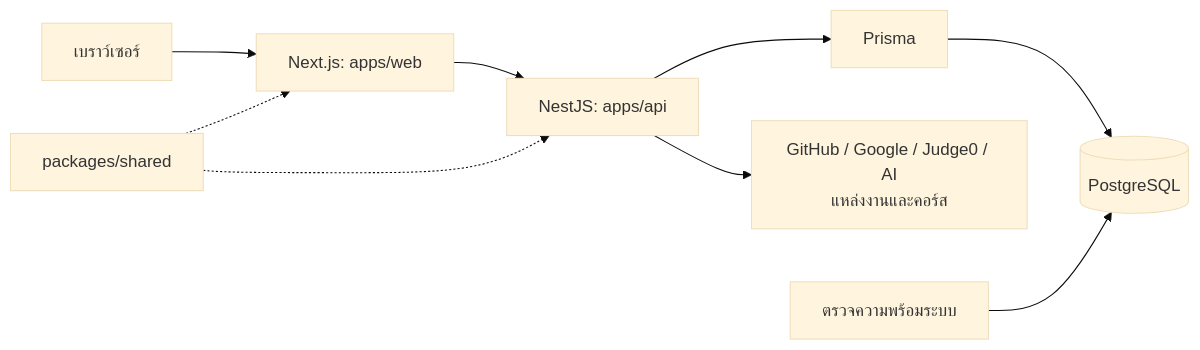
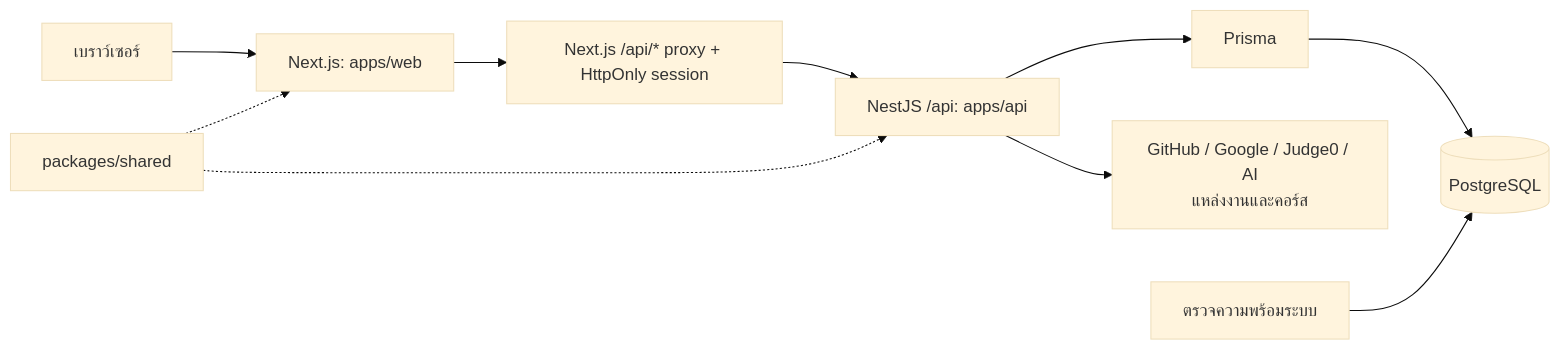
One commit to Jixgo-cloud/last-project changed the ninth of 9 diagrams in README.md. Above: the diagram before and after it, drawn with Mermaid (base theme). The commit also changed other lines of this file, not shown here.

Commit message:
docs: align README with current architecture and workflows

````diff
--- a/README.md
+++ b/README.md
@@ -286,11 +288,12 @@
 ```mermaid
 flowchart LR
     Browser["เบราว์เซอร์"] --> Web["Next.js: apps/web"]
-    Web --> API["NestJS: apps/api"]
+    Web --> Proxy["Next.js /api/* proxy + HttpOnly session"]
+    Proxy --> API["NestJS /api: apps/api"]
     API --> Prisma["Prisma"]
     Prisma --> DB[("PostgreSQL")]
     API --> External["GitHub / Google / Judge0 / AI<br/>แหล่งงานและคอร์ส"]
     Shared["packages/shared"] -.-> Web
     Shared -.-> API
     Health["ตรวจความพร้อมระบบ"] --> DB
 ```
````
